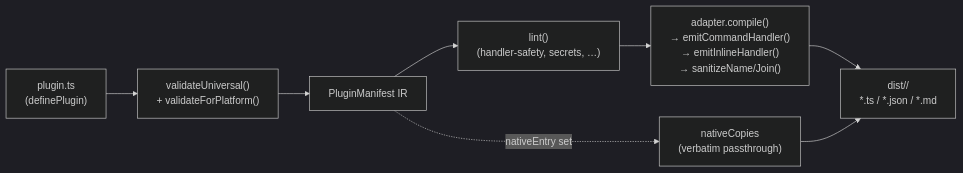
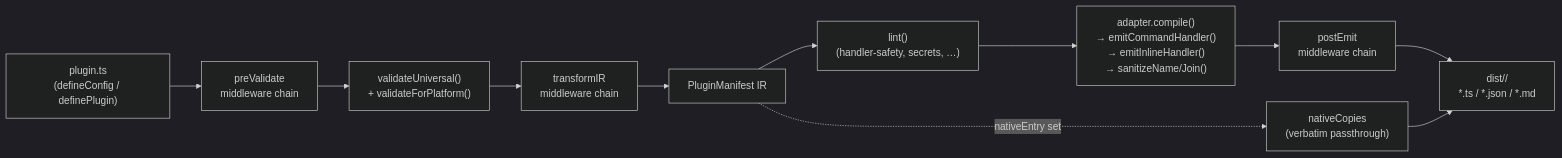
One commit to sigilco/agentplugins changed the second of 3 diagrams in ARCHITECTURE.md. Above: the diagram before and after it, drawn with Mermaid (dark theme). The commit also changed other lines of this file, not shown here.

First line of the commit message:
docs(architecture): add pipeline package, middleware bus, plugin extensibility section

````diff
--- a/ARCHITECTURE.md
+++ b/ARCHITECTURE.md
@@ -66,13 +115,16 @@
 ```mermaid
 flowchart LR
-    SRC["plugin.ts\n(definePlugin)"]
+    SRC["plugin.ts\n(defineConfig / definePlugin)"]
+    PREVALI["preValidate\nmiddleware chain"]
     VALIDATE["validateUniversal()\n+ validateForPlatform()"]
     IR["PluginManifest IR"]
+    TRANSIR["transformIR\nmiddleware chain"]
     LINT["lint()\n(handler-safety, secrets, …)"]
     EMIT["adapter.compile()\n→ emitCommandHandler()\n→ emitInlineHandler()\n→ sanitizeName/Join()"]
+    POSTEMIT["postEmit\nmiddleware chain"]
     FILES["dist/<target>/\n*.ts / *.json / *.md"]
     NATIVE["nativeCopies\n(verbatim passthrough)"]
 
-    SRC --> VALIDATE --> IR --> LINT --> EMIT --> FILES
+    SRC --> PREVALI --> VALIDATE --> TRANSIR --> IR --> LINT --> EMIT --> POSTEMIT --> FILES
     IR -.->|nativeEntry set| NATIVE --> FILES
 ```
````
